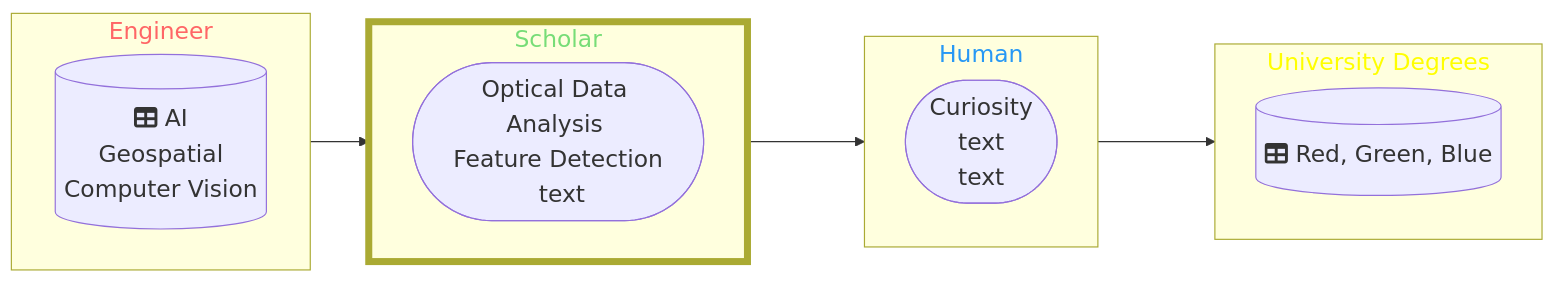
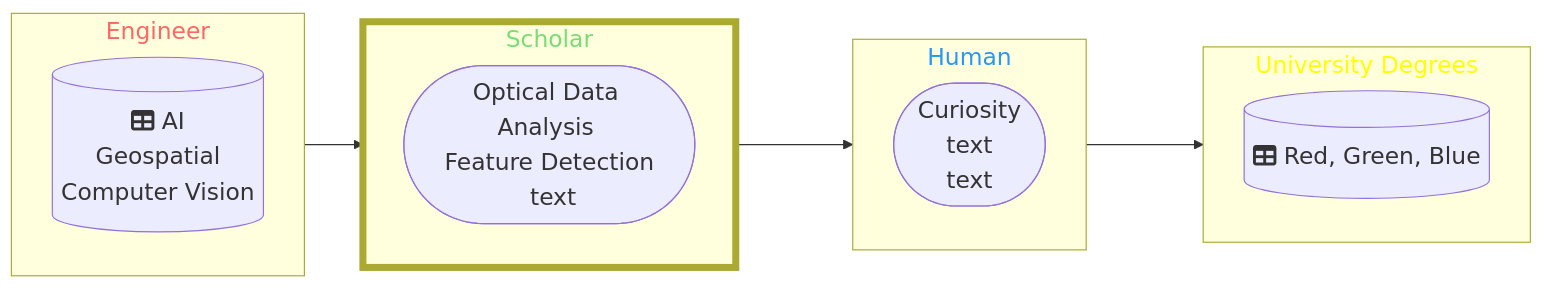
Before and after one commit to DippoldEJ/DippoldEJ: the diagram in README.md, drawn with Mermaid.

````diff
--- a/README.md
+++ b/README.md
@@ -3,37 +3,35 @@
 ```mermaid
 flowchart LR;
 %%{init: {
 	'themeVariables': { 'fontSize': '20px', 'fontFamily': 'Didot'}
 	}
 }%%
 
 subgraph n[Engineer]
-        direction LR
         b[(fa:fa-table AI <br> Geospatial <br> Computer Vision)]
     end
 
 subgraph o[Scholar]
-        direction LR
         j([Optical Data Analysis <br> Feature Detection <br> text])
 
     end
 
  subgraph p[Human]
     a([Curiosity <br /> text  <br />  text])
     end
 
  subgraph h[University Degrees]
         r[(fa:fa-table Red, Green, Blue)]
     end
 
 style n color:#f66
 style o stroke-width:6px
 style o color:#77DD77
 style p color:#2798F5
 style h color:#FFFF00
 
 n-->o
 o-->p
 o-->h
 
 ```
````
